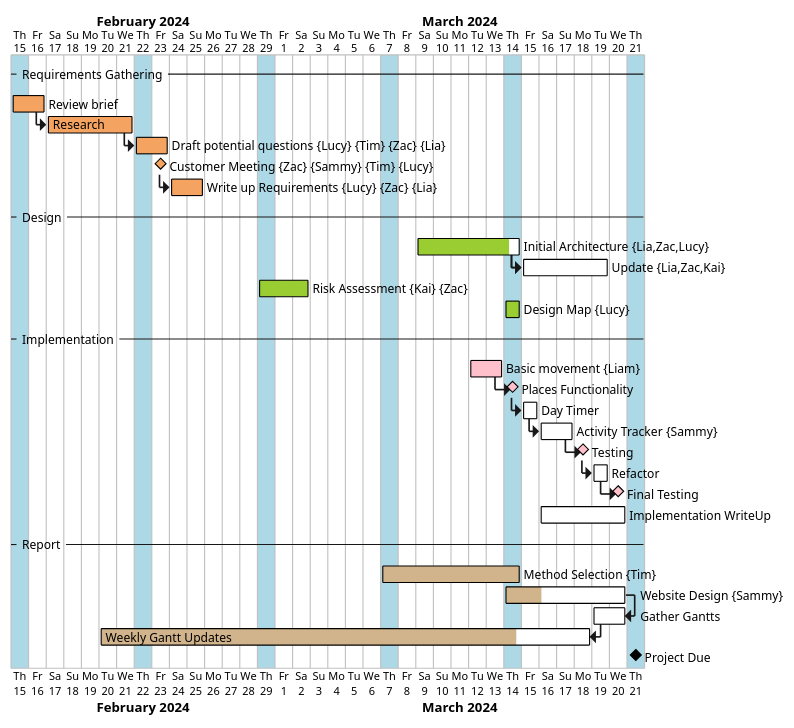
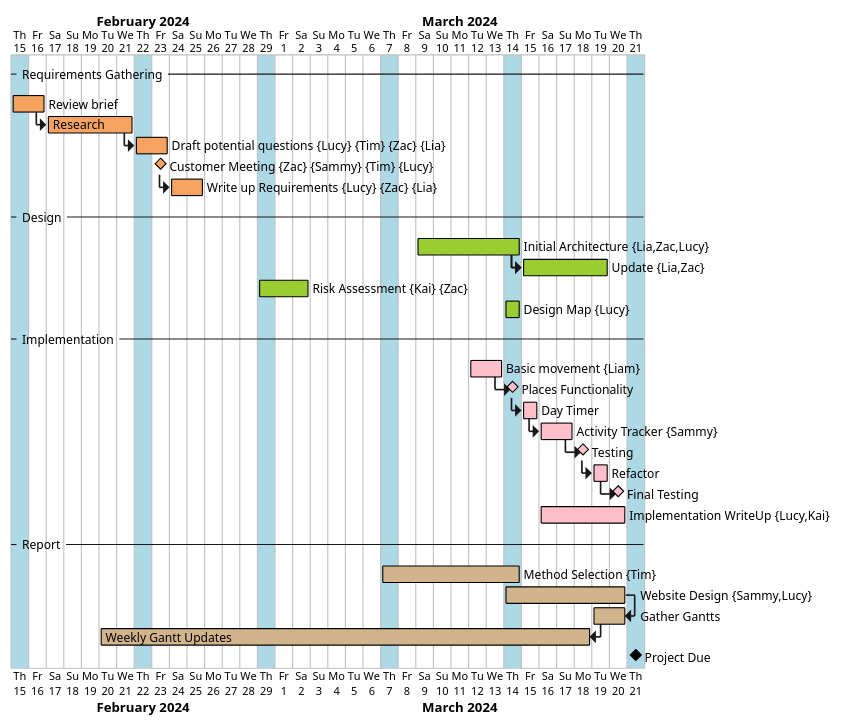
One commit to TheRealEmissions/uoy-eng1 changed the diagram in gannt.puml. Above: the diagram before and after it, drawn with PlantUML.

Commit message:
completed gantt chart

```diff
--- a/gannt.puml
+++ b/gannt.puml
@@ -1,60 +1,60 @@
 @startgantt
 Project starts 2024-02-15
 hide resources footbox
 
 ' Days of Practicals
 2024-02-15 is colored in lightblue
 2024-02-22 is colored in lightblue
 2024-02-29 is colored in lightblue
 2024-03-07 is colored in lightblue
 2024-03-14 is colored in lightblue
 2024-03-21 is colored in lightblue
 
 --Requirements Gathering--
 [Review brief] requires 2 days and is colored in sandybrown/black
 then [Research] requires 5 days and is colored in sandybrown/black
 then [Draft potential questions] on {Lucy}{Tim}{Zac}{Lia} requires 5 days and is colored in sandybrown/black
 
 [Customer Meeting] on {Zac}{Sammy}{Tim}{Lucy} happens at [Draft potential questions]'s end and is colored in sandybrown/black
 then [Write up Requirements] on {Lucy}{Zac}{Lia} requires 5 days and is colored in sandybrown/black
 [Write up Requirements] is 100% complete
 
 --Design--
 [Initial Architecture] on {Lia,Zac,Lucy} starts at 2024-03-09 and requires 6 days and is colored in yellowgreen/black
-[Initial Architecture] is 90% complete
-then [Update] on {Lia,Zac,Kai} starts at [Initial Architecture]'s end and requires 5 days and is colored in yellowgreen/black
-[Update] is 0% complete
+[Initial Architecture] is 100% complete
+then [Update] on {Lia,Zac} starts at [Initial Architecture]'s end and requires 5 days and is colored in yellowgreen/black
+[Update] is 100% complete
 [Risk Assessment]  on {Kai}{Zac} starts at 2024-02-29 and requires 5 days and is colored in yellowgreen/black
 [Risk Assessment] is 100% complete
 [Design Map] on {Lucy} starts at 2024-03-14 and requires 1 day and is colored in yellowgreen/black
 [Design Map] is 100% complete
 
 
 --Implementation--
 [Basic movement] on {Liam} requires 2 days and starts at 2024-03-12 and is colored in pink/black
 [Basic movement] is 100% complete
 then [Places Functionality] happens at [Basic movement]'s end and is colored in pink/black
 [Places Functionality] is 0% complete
 then [Day Timer] requires 1 day and is colored in pink/black
-[Day Timer] is 0% complete
+[Day Timer] is 100% complete
 then [Activity Tracker] on {Sammy} requires 2 days and is colored in pink/black
-[Activity Tracker] is 0% complete
+[Activity Tracker] is 100% complete
 then [Testing] happens at [Activity Tracker]'s end and is colored in pink/black
 then [Refactor] requires 1 day and is colored in pink/black
-[Refactor] is 0% complete
+[Refactor] is 100% complete
 then [Final Testing] happens at [Refactor]'s end and is colored in pink/black
-[Final Testing] is 0% complete
-[Implementation WriteUp] starts at 2024-03-16 and requires 5 days and is colored in pink/black
-[Implementation WriteUp] is 0% complete
+[Final Testing] is 100% complete
+[Implementation WriteUp] on {Lucy,Kai} starts at 2024-03-16 and requires 5 days and is colored in pink/black
+[Implementation WriteUp] is 100% complete
 --Report--
 [Method Selection] on {Tim} starts at 2024-03-07 and requires 8 days and is colored in tan/black
 [Method Selection] is 100% complete
-[Website Design] on {Sammy} starts at 2024-03-14 and requires 7 days and is colored in tan/black
-[Website Design] is 30% complete
+[Website Design] on {Sammy,Lucy} starts at 2024-03-14 and requires 7 days and is colored in tan/black
+[Website Design] is 100% complete
 [Gather Gantts] ends at [Website Design]'s end and requires 2 days and is colored in tan/black
-[Gather Gantts] is 0% complete
+[Gather Gantts] is 100% complete
 [Weekly Gantt Updates] ends at [Gather Gantts]'s start and requires 4 weeks and is colored in tan/black
-[Weekly Gantt Updates] is 85% complete
+[Weekly Gantt Updates] is 100% complete
 [Project Due] happens at 2024-03-21
 
 @endgantt
```
